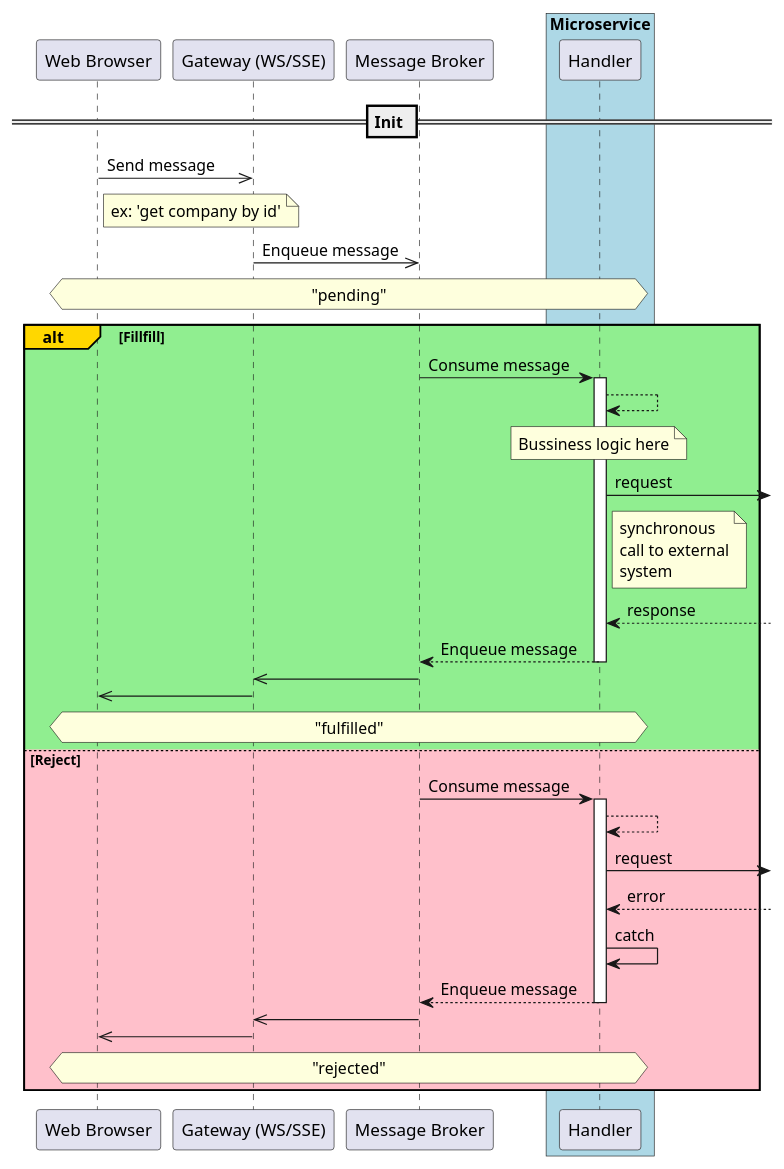
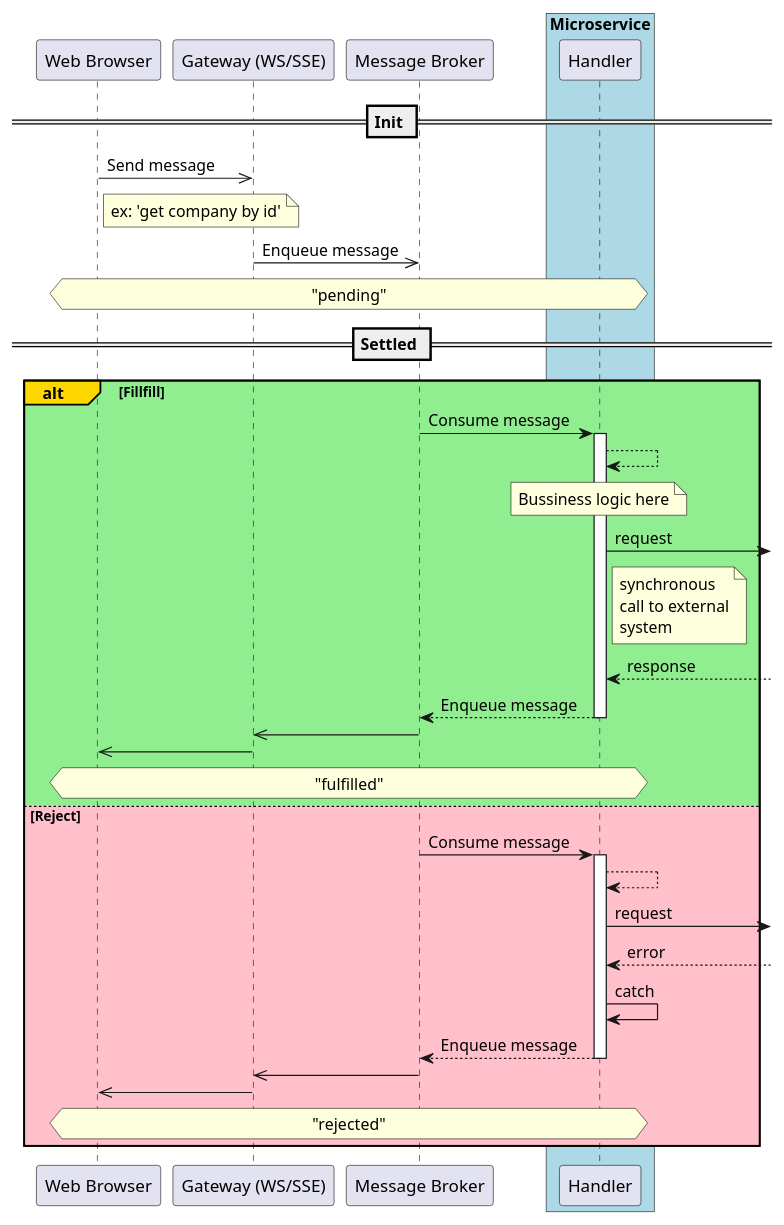
One commit to komanton/custodian changed the diagram in solution-design/distributed-promise/distributed-promise.plantuml. Above: the diagram before and after it, drawn with PlantUML. The commit also changed 1 other file, not shown here.

Commit message:
Fix 'settled' state

```diff
--- a/solution-design/distributed-promise/distributed-promise.plantuml
+++ b/solution-design/distributed-promise/distributed-promise.plantuml
@@ -1,54 +1,56 @@
 @startuml
 participant "Web Browser" as WebBrowser
 participant "Gateway (WS/SSE)" as Gateway
 participant "Message Broker" as MessageBus
 box "Microservice" #LightBlue
 participant "Handler" as Handler
 end box
 
 == Init ==
 
 WebBrowser  ->>  Gateway: Send message
 note right WebBrowser: ex: 'get company by id'
 Gateway ->> MessageBus: Enqueue message
 
 hnote across: "pending"
+
+== Settled ==
 
 alt#Gold #LightGreen Fillfill
 
 '== Fullfill ==
 
 MessageBus -> Handler: Consume message
 activate Handler
 Handler --> Handler
 note over Handler: Bussiness logic here
 Handler ->] : request
 note right Handler: synchronous\ncall to external\nsystem 
 Handler <--] : response
 MessageBus <-- Handler : Enqueue message
 deactivate Handler
 Gateway <<- MessageBus
 WebBrowser <<- Gateway
 
 hnote across: "fulfilled"
 
 else #Pink Reject
 
 '== Reject ==
 
 MessageBus -> Handler: Consume message
 activate Handler
 Handler --> Handler
 Handler ->] : request
 Handler <--] : error
 Handler -> Handler: catch 
 MessageBus <-- Handler : Enqueue message
 deactivate Handler
 Gateway <<- MessageBus
 WebBrowser <<- Gateway
 
 hnote across: "rejected"
 
 end
 
 @enduml
```
